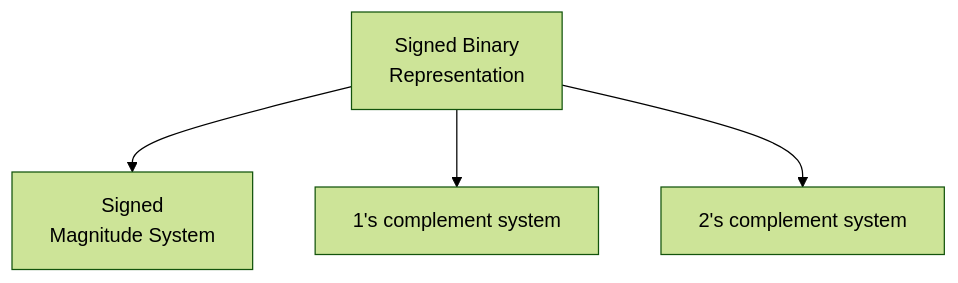
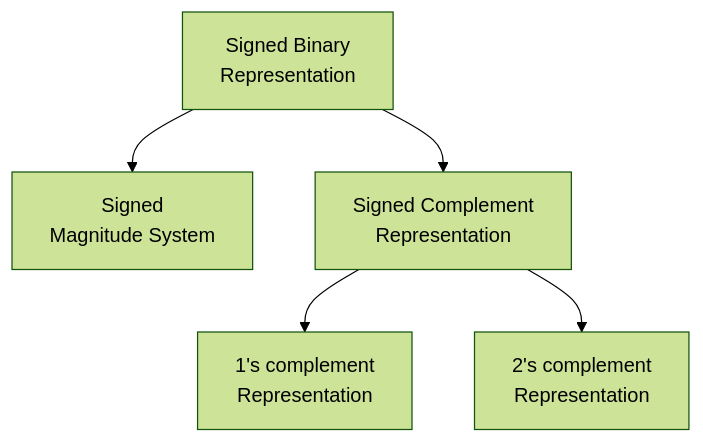
The diagram in GATE/Digital-Logic/Number Systems/Signed Binary Numbers.md (supremeimposter/My-Vault), drawn with Mermaid (forest theme) before and after one commit. The commit also changed other lines of this file and 15 other files, not shown here.

````diff
--- a/GATE/Digital-Logic/Number Systems/Signed Binary Numbers.md
+++ b/GATE/Digital-Logic/Number Systems/Signed Binary Numbers.md
@@ -17,6 +17,7 @@
 ```mermaid
 flowchart TD
 A[Signed Binary \nRepresentation] --> B[Signed \nMagnitude  System]
-A --> C[1's complement system]
-A --> D[2's complement system]
+A --> E
+E[Signed Complement\nRepresentation] --> C[1's complement \nRepresentation]
+E --> D[2's complement \nRepresentation]
 ```
````
